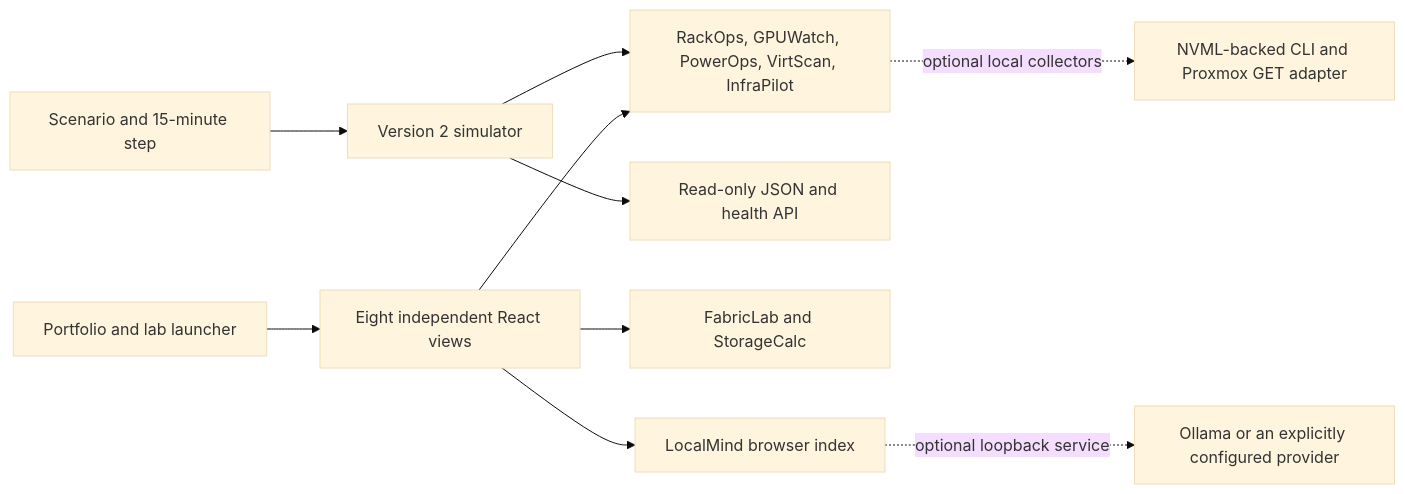
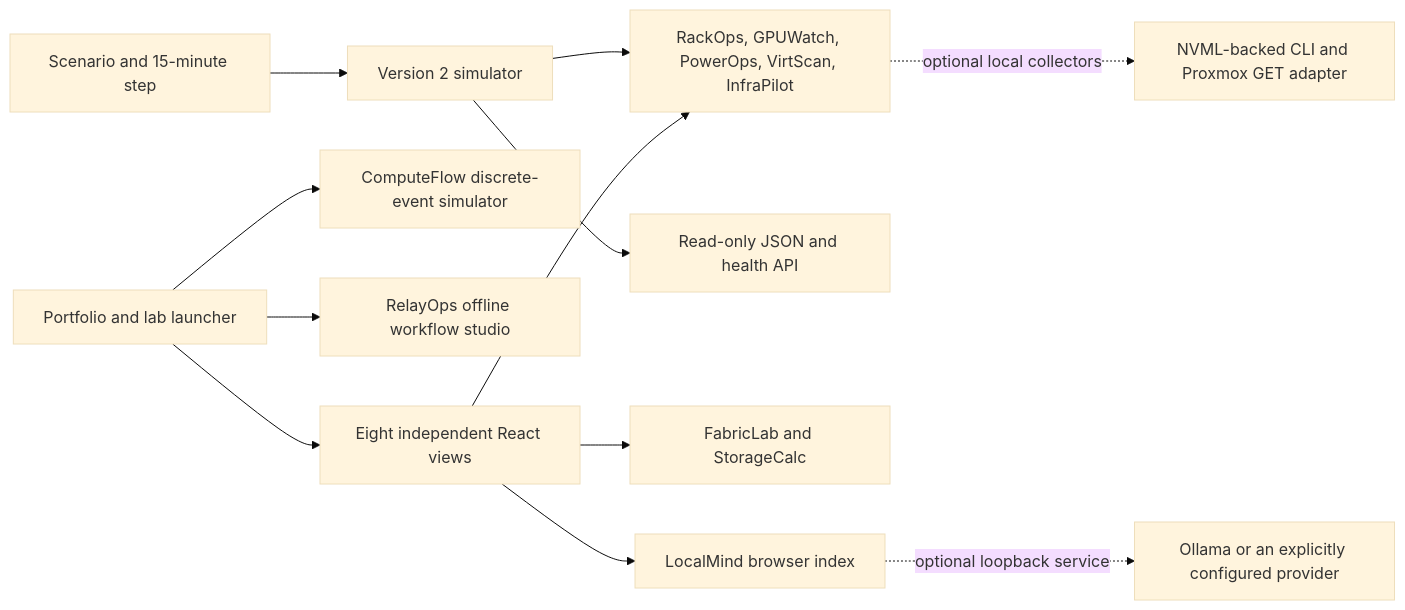
Before and after one commit to Paragjindal01/paragjindal-portfolio: the diagram in README.md, drawn with Mermaid (base theme). The commit also changed other lines of this file and 39 other files, not shown here.

Commit message:
Publish ComputeFlow in the engineering portfolio

````diff
--- a/README.md
+++ b/README.md
@@ -57,12 +72,14 @@
 ```mermaid
 flowchart LR
   Browser[Portfolio and lab launcher] --> Apps[Eight independent React views]
+  Browser --> Scheduling[ComputeFlow discrete-event simulator]
+  Browser --> Workflows[RelayOps offline workflow studio]
   Scenarios[Scenario and 15-minute step] --> Engine[Version 2 simulator]
   Engine --> Ops[RackOps, GPUWatch, PowerOps, VirtScan, InfraPilot]
   Engine --> API[Read-only JSON and health API]
   Apps --> Ops
   Apps --> Planner[FabricLab and StorageCalc]
   Apps --> RAG[LocalMind browser index]
   Ops -. optional local collectors .-> CLI[NVML-backed CLI and Proxmox GET adapter]
   RAG -. optional loopback service .-> Model[Ollama or an explicitly configured provider]
 ```
````
